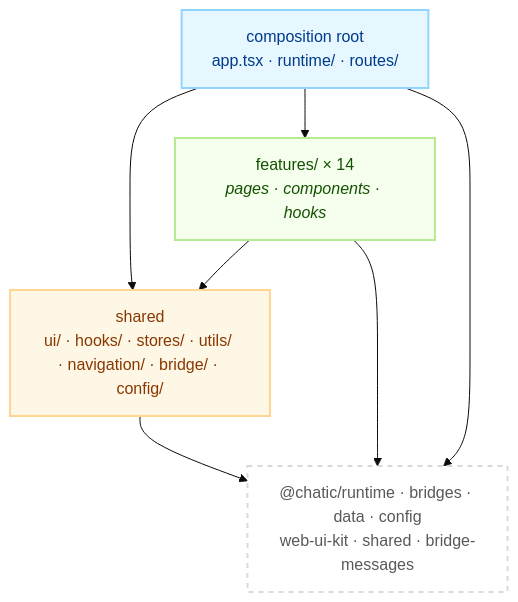
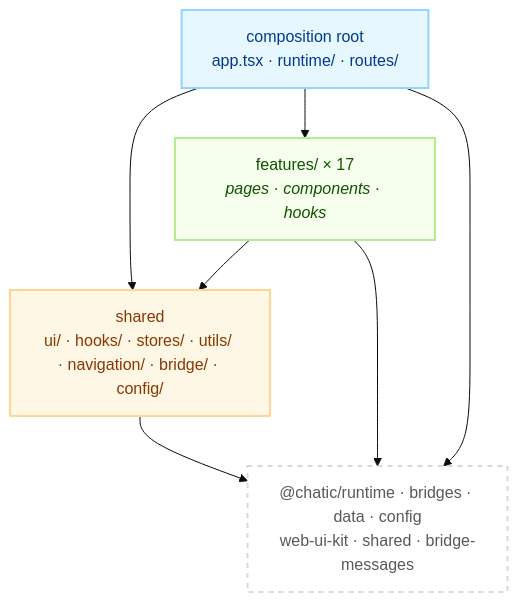
One commit to lemoncloud-io/dou-app changed the diagram in apps/web/docs/README.md. Above: the diagram before and after it, drawn with Mermaid (base theme). The commit also changed 38 other files, not shown here.

````diff
--- a/apps/web/docs/README.md
+++ b/apps/web/docs/README.md
@@ -41,19 +41,19 @@
 ```mermaid
 flowchart TD
     classDef root fill:#e6f7ff,stroke:#91d5ff,stroke-width:2px,color:#003a8c;
     classDef feat fill:#f6ffed,stroke:#b7eb8f,stroke-width:2px,color:#135200;
     classDef shared fill:#fff7e6,stroke:#ffd591,stroke-width:2px,color:#873800;
     classDef ext fill:#ffffff,stroke:#d9d9d9,stroke-width:2px,color:#595959,stroke-dasharray: 5 5;
 
     Root["composition root<br/>app.tsx · runtime/ · routes/"]:::root
-    Feat["features/ × 14<br/><i>pages · components · hooks</i>"]:::feat
+    Feat["features/ × 17<br/><i>pages · components · hooks</i>"]:::feat
     Shared["shared<br/>ui/ · hooks/ · stores/ · utils/ · navigation/ · bridge/ · config/"]:::shared
     Libs["@chatic/runtime · bridges · data · config<br/>web-ui-kit · shared · bridge-messages"]:::ext
 
     Root --> Feat
     Root --> Shared
     Feat --> Shared
     Shared --> Libs
     Feat --> Libs
     Root --> Libs
 ```
````
